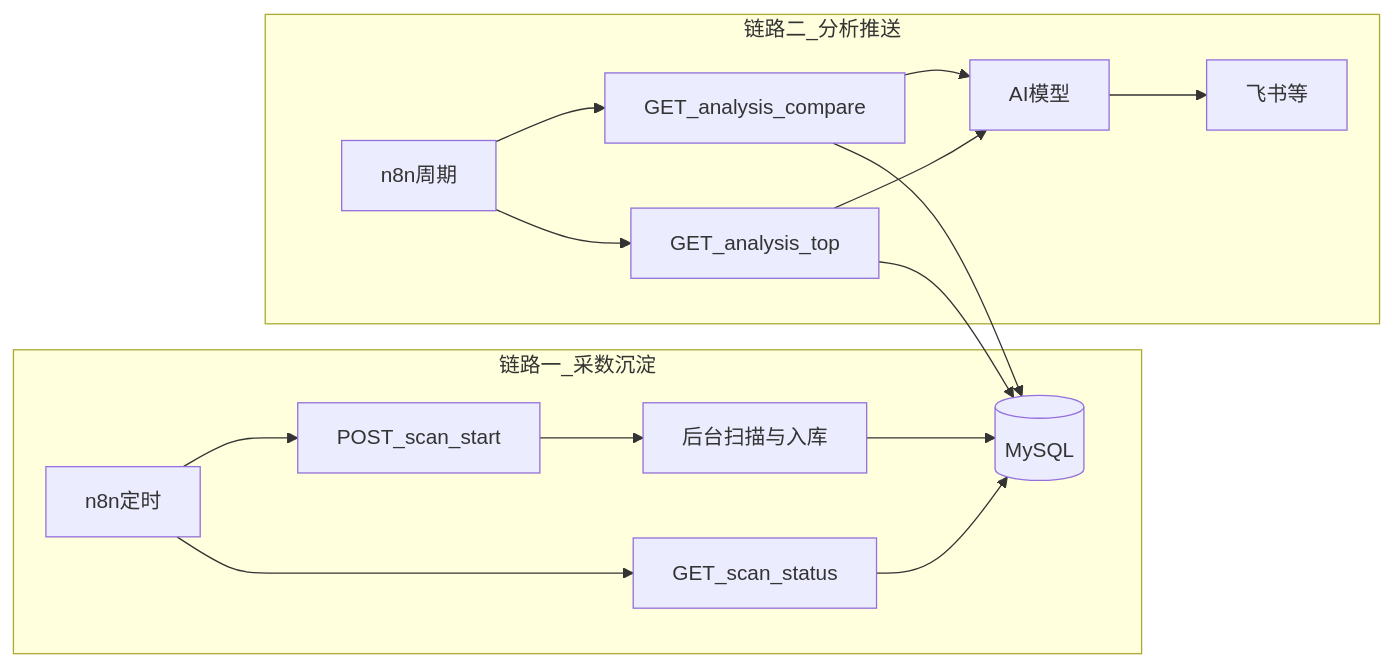
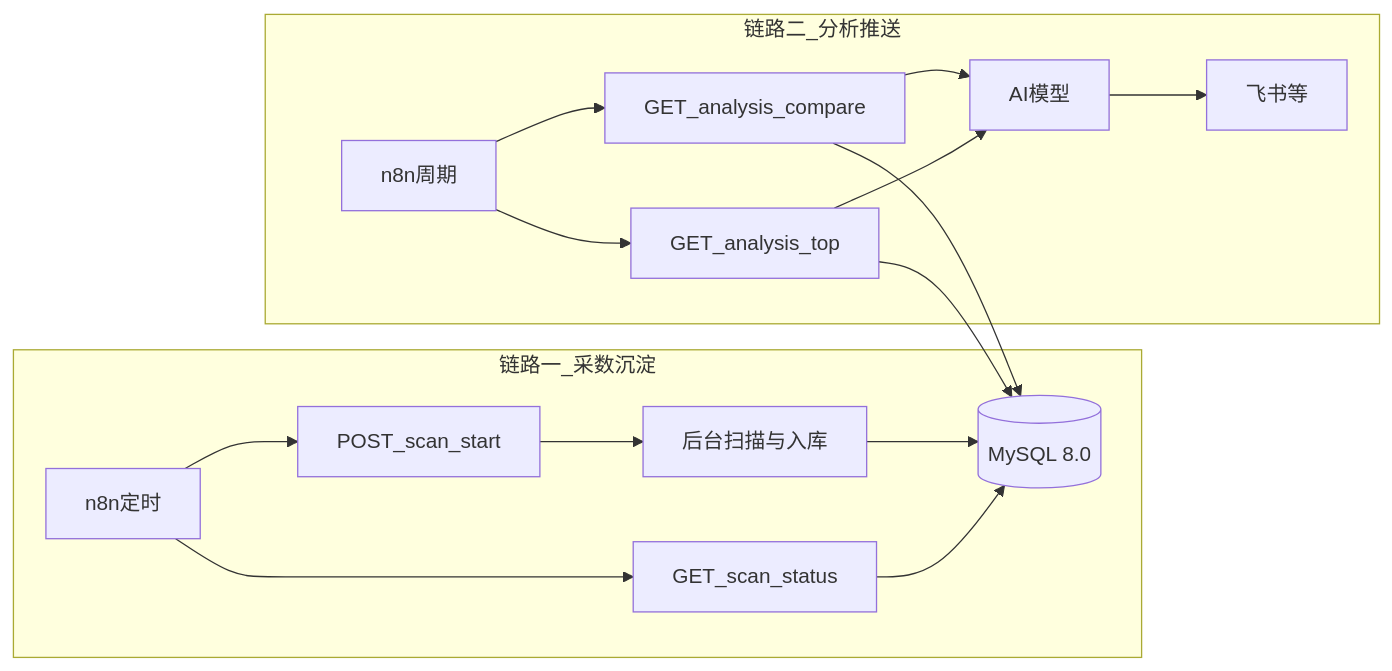
Before and after one commit to Suvalor/AsoOpportunities: the diagram in README.md, drawn with Mermaid. The commit also changed other lines of this file, not shown here.

````diff
--- a/README.md
+++ b/README.md
@@ -27,29 +32,29 @@
 ```mermaid
 flowchart LR
   subgraph scanFlow [链路一_采数沉淀]
     n8nScan[n8n定时]
     postStart["POST_scan_start"]
     worker[后台扫描与入库]
     getStatus["GET_scan_status"]
-    db[(MySQL)]
+    db[(MySQL 8.0)]
     n8nScan --> postStart
     postStart --> worker
     worker --> db
     n8nScan --> getStatus
     getStatus --> db
   end
   subgraph analysisFlow [链路二_分析推送]
     n8nPull[n8n周期]
     getCmp["GET_analysis_compare"]
     getTop["GET_analysis_top"]
     aiNode[AI模型]
     notify[飞书等]
     n8nPull --> getCmp
     n8nPull --> getTop
     getCmp --> db
     getTop --> db
     getCmp --> aiNode
     getTop --> aiNode
     aiNode --> notify
   end
 ```
````
